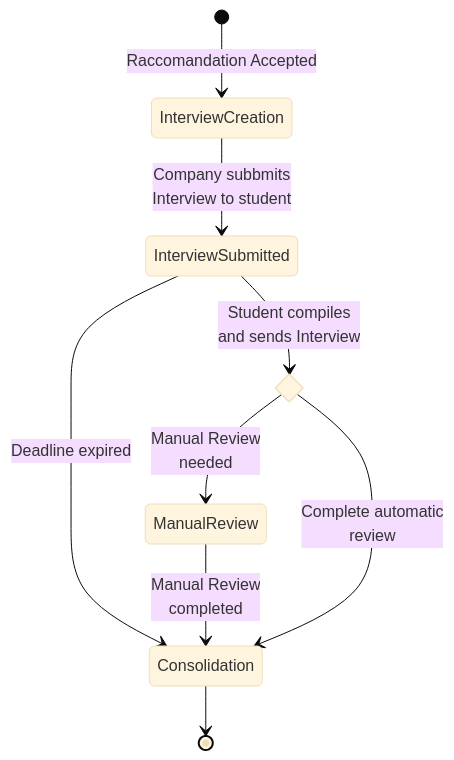
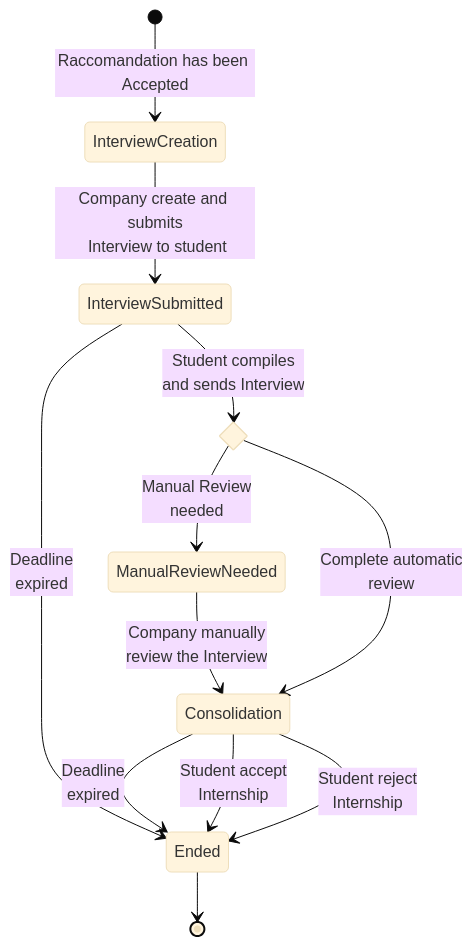
The second of 3 diagrams in Diagrams/StateDiagram.md (Slaitroc/RicciPaoliGrisoni), drawn with Mermaid (base theme) before and after one commit. The commit also changed other lines of this file and 4 other files, not shown here.

Commit message:
2.1.3 StateCharts Intro added, Charts explanations added LucidCharts images added  StateCharts refactored

````diff
--- a/Diagrams/StateDiagram.md
+++ b/Diagrams/StateDiagram.md
@@ -11,14 +10,18 @@
 ```mermaid
 %% Internship Evolution
 stateDiagram-v2
     state if <<choice>>
     
-    [*] --> InterviewCreation: Raccomandation Accepted
-    InterviewCreation --> InterviewSubmitted: Company subbmits<br> Interview to student
+    [*] --> InterviewCreation: Raccomandation has been Accepted
+    InterviewCreation --> InterviewSubmitted: Company create and submits<br> Interview to student
     InterviewSubmitted --> if: Student compiles<br> and sends Interview
-    InterviewSubmitted --> Consolidation: Deadline expired
-    if --> ManualReview: Manual Review<br> needed
-    ManualReview --> Consolidation: Manual Review<br> completed
+    InterviewSubmitted --> Ended: Deadline<br> expired
+    if --> ManualReviewNeeded: Manual Review<br> needed
+    ManualReviewNeeded --> Consolidation: Company manually<br> review the Interview
     if --> Consolidation: Complete automatic<br> review
-    Consolidation --> [*]
+    Consolidation --> Ended: Deadline<br> expired
+    Consolidation --> Ended: Student accept<br> Internship
+    Consolidation --> Ended: Student reject<br> Internship
+    Ended --> [*] 
+
 ```
````
